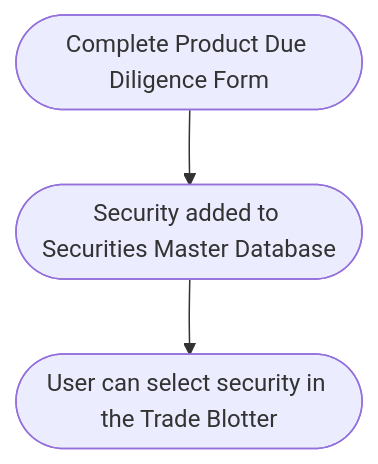
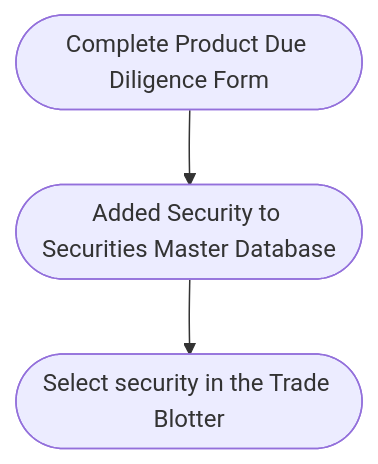
The diagram in introduction.mdx (alphauser-one/docs), drawn with Mermaid before and after one commit. The commit also changed other lines of this file and 5 other files, not shown here.

````diff
--- a/introduction.mdx
+++ b/introduction.mdx
@@ -26,4 +44,4 @@
 ```mermaid
 flowchart TD 
-A([Complete Product Due Diligence Form]) --> B([Security added to Securities Master Database]) --> C([User can select security in the Trade Blotter])
+A([Complete Product Due Diligence Form]) --> B([Added Security to Securities Master Database]) --> C([Select security in the Trade Blotter])
 ```
````
